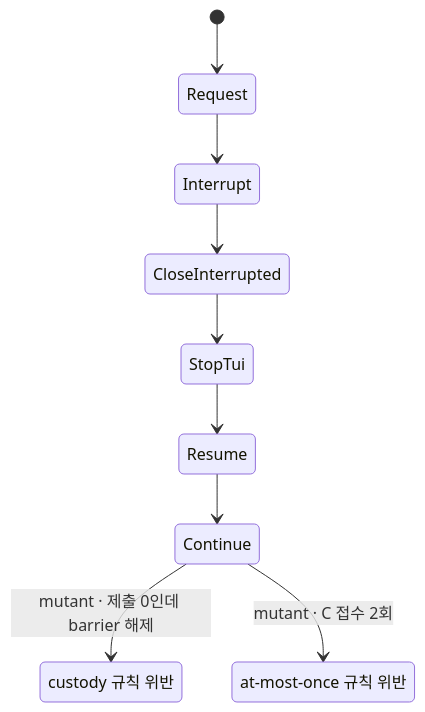
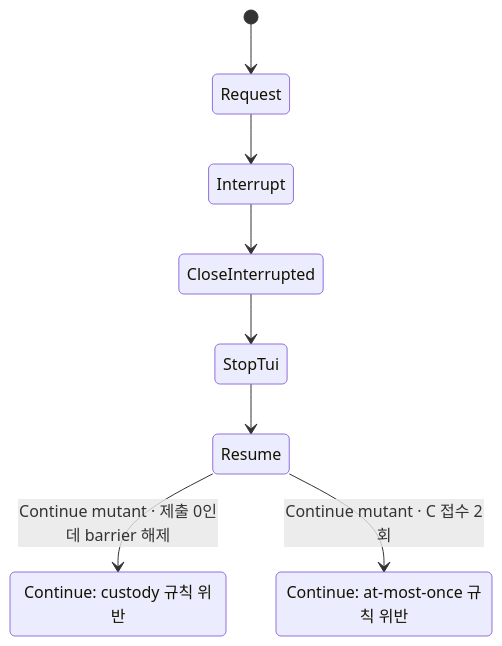
Before and after one commit to itismyfield/AgentDesk: the second of 2 diagrams in docs/statecharts/session-lifecycle/effort-restart-s3.report.md, drawn with Mermaid.

Commit message:
docs(statecharts): place mutant failures at admission transition

````diff
--- a/docs/statecharts/session-lifecycle/effort-restart-s3.report.md
+++ b/docs/statecharts/session-lifecycle/effort-restart-s3.report.md
@@ -65,13 +65,12 @@
 ```mermaid
 stateDiagram-v2
     [*] --> Request
     Request --> Interrupt
     Interrupt --> CloseInterrupted
     CloseInterrupted --> StopTui
     StopTui --> Resume
-    Resume --> Continue
-    Continue --> EarlyRelease: mutant · 제출 0인데 barrier 해제
-    Continue --> DoubleAdmission: mutant · C 접수 2회
-    state "custody 규칙 위반" as EarlyRelease
-    state "at-most-once 규칙 위반" as DoubleAdmission
+    Resume --> EarlyRelease: Continue mutant · 제출 0인데 barrier 해제
+    Resume --> DoubleAdmission: Continue mutant · C 접수 2회
+    state "Continue: custody 규칙 위반" as EarlyRelease
+    state "Continue: at-most-once 규칙 위반" as DoubleAdmission
 ```
````
